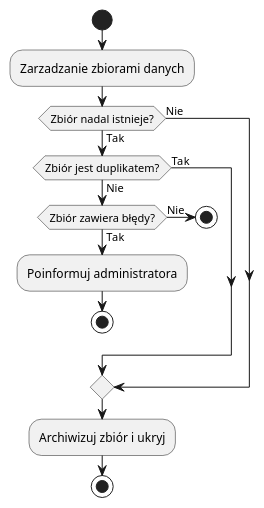
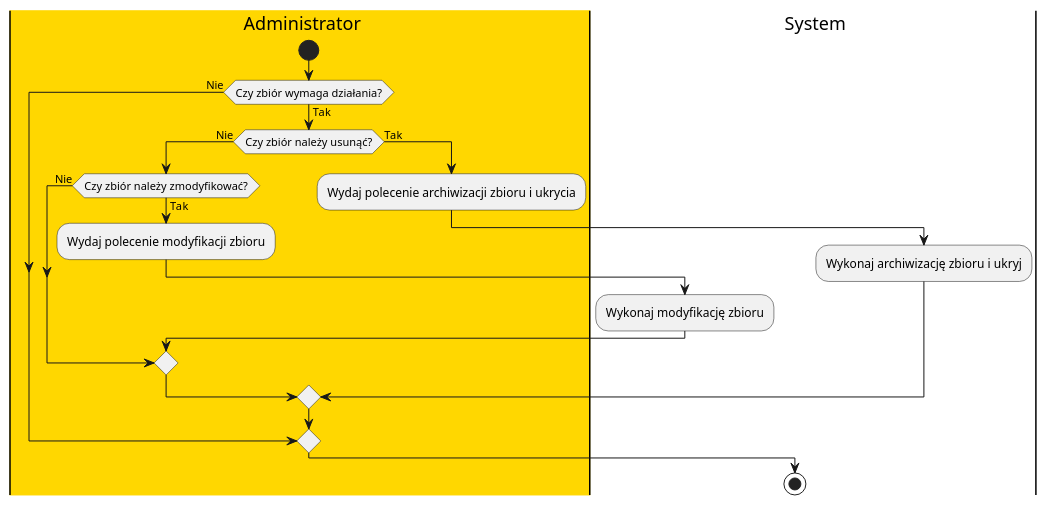
One commit to aleksanderpiluk/IWO changed the diagram in dokumentacja/specyfikacja.wymagan/2.opis.biznesu/procesy.biznesowe/procesy/PB0013.puml. Above: the diagram before and after it, drawn with PlantUML. The commit also changed 9 other files, not shown here.

```diff
--- a/dokumentacja/specyfikacja.wymagan/2.opis.biznesu/procesy.biznesowe/procesy/PB0013.puml
+++ b/dokumentacja/specyfikacja.wymagan/2.opis.biznesu/procesy.biznesowe/procesy/PB0013.puml
@@ -1,20 +1,27 @@
 @startuml
 
+|#gold|a| Administrator
+|s| System
+|a|
+
 start
-:Zarzadzanie zbiorami danych;
-if (Zbiór nadal istnieje?) then (Tak)
-  if (Zbiór jest duplikatem?) then (Nie)
-    if (Zbiór zawiera błędy?) then (Nie)
-    stop
-    else(Tak)
-    :Poinformuj administratora;
-    stop
+if (Czy zbiór wymaga działania?) then (Tak)
+  if (Czy zbiór należy usunąć?) then (Nie)
+    if (Czy zbiór należy zmodyfikować?) then (Nie)
+    else (Tak)
+    :Wydaj polecenie modyfikacji zbioru;
+    |s|
+    :Wykonaj modyfikację zbioru;
     endif
+    
   else (Tak)
+  |a|
+  :Wydaj polecenie archiwizacji zbioru i ukrycia;
+  |s|
+  :Wykonaj archiwizację zbioru i ukryj;
   endif
 else (Nie)
 endif
-:Archiwizuj zbiór i ukryj;
+stop
 
-stop
 @enduml
```
